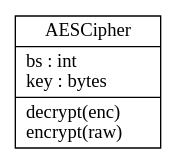
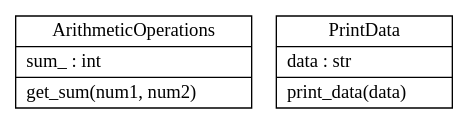
One commit to janetzuluu/Converter changed the diagram in classes.dot. Above: the diagram before and after it, drawn with Graphviz. The commit also changed 4 other files, not shown here.

```diff
--- a/classes.dot
+++ b/classes.dot
@@ -1,5 +1,6 @@
 digraph "classes" {
 rankdir=BT
 charset="utf-8"
-"AESCipher.AESCipher" [color="black", fontcolor="black", label="{AESCipher|bs : int\lkey : bytes\l|decrypt(enc)\lencrypt(raw)\l}", shape="record", style="solid"];
+"test.ArithmeticOperations" [color="black", fontcolor="black", label="{ArithmeticOperations|sum_ : int\l|get_sum(num1, num2)\l}", shape="record", style="solid"];
+"test.PrintData" [color="black", fontcolor="black", label="{PrintData|data : str\l|print_data(data)\l}", shape="record", style="solid"];
 }
```
